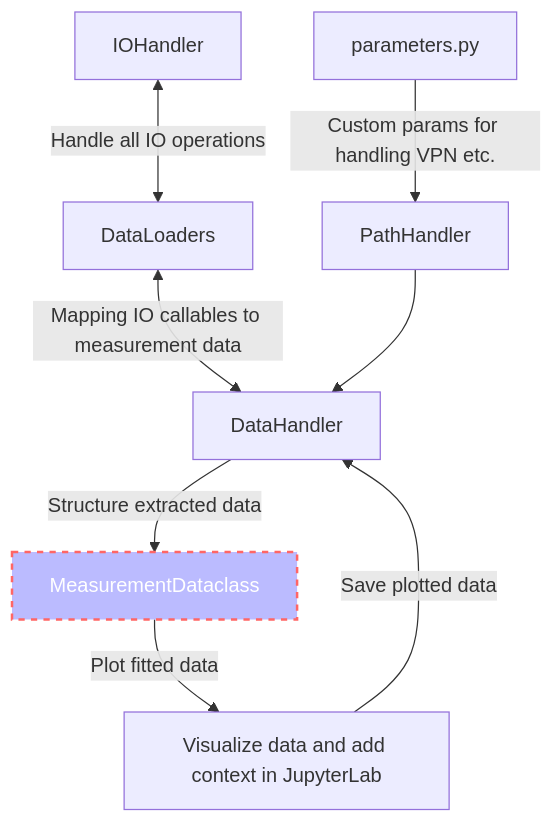
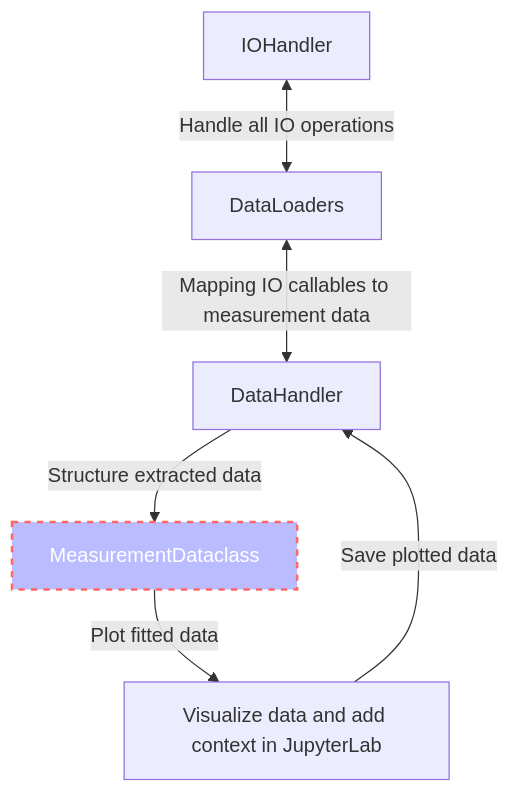
Before and after one commit to dineshpinto/qudi-hira-analysis: the first of 2 diagrams in README.md, drawn with Mermaid. The commit also changed other lines of this file and 5 other files, not shown here.

Commit message:
Simplified project structure - Removed PathHandler: Now paths are taken care of by DataHandler + IOHandler - Reconfigured DataLoaders, this should ideally be an interface amd will be rewritten in the future

````diff
--- a/README.md
+++ b/README.md
@@ -34,11 +34,9 @@
 ```mermaid
 flowchart TD;
     IOHandler<-- Handle all IO operations -->DataLoaders;
     DataLoaders<-- Mapping IO callables to measurement data -->DataHandler;
-    Parameters[parameters.py]-- Custom params for handling VPN etc. -->PathHandler;
-    PathHandler-->DataHandler;
     DataHandler-- Structure extracted data -->MeasurementDataclass;
     MeasurementDataclass-- Plot fitted data --> Plot[Visualize data and add context in JupyterLab];
     Plot-- Save plotted data --> DataHandler;
     style MeasurementDataclass fill:#bbf,stroke:#f66,stroke-width:2px,color:#fff,stroke-dasharray: 5 5
 ```
````
